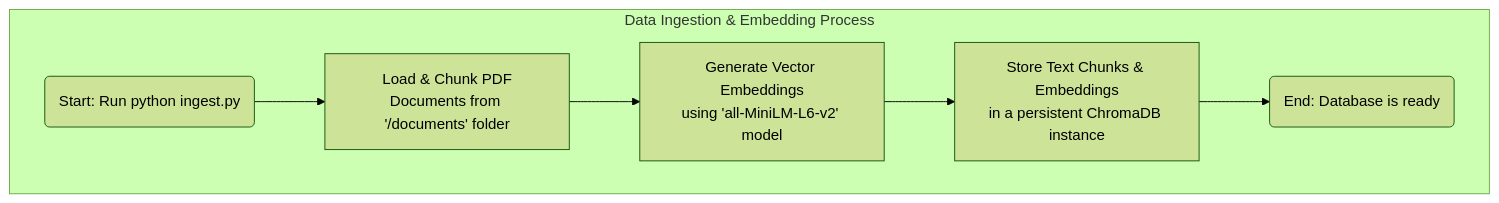
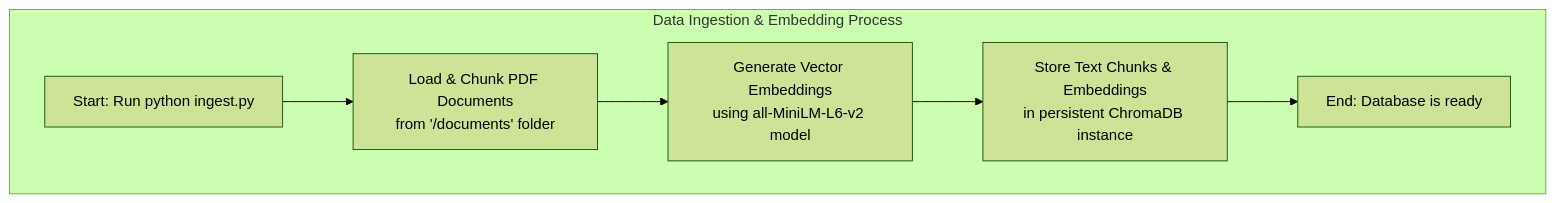
Before and after one commit to abdkhaleel/RAG-QnA-System: the first of 2 diagrams in README.md, drawn with Mermaid (forest theme). The commit also changed other lines of this file, not shown here.

````diff
--- a/README.md
+++ b/README.md
@@ -15,9 +15,9 @@
 ```mermaid
 flowchart TD
     subgraph "Data Ingestion & Embedding Process"
-        A(Start: Run python ingest.py) --> B["Load & Chunk PDF<br>Documents from '/documents' folder"];
-        B --> C["Generate Vector Embeddings<br>using 'all-MiniLM-L6-v2' model"];
-        C --> D["Store Text Chunks & Embeddings<br>in a persistent ChromaDB instance"];
-        D --> E(End: Database is ready);
+        A[Start: Run python ingest.py] --> B[Load & Chunk PDF Documents<br/>from '/documents' folder]
+        B --> C[Generate Vector Embeddings<br/>using all-MiniLM-L6-v2 model]
+        C --> D[Store Text Chunks & Embeddings<br/>in persistent ChromaDB instance]
+        D --> E[End: Database is ready]
     end
 ```
````
